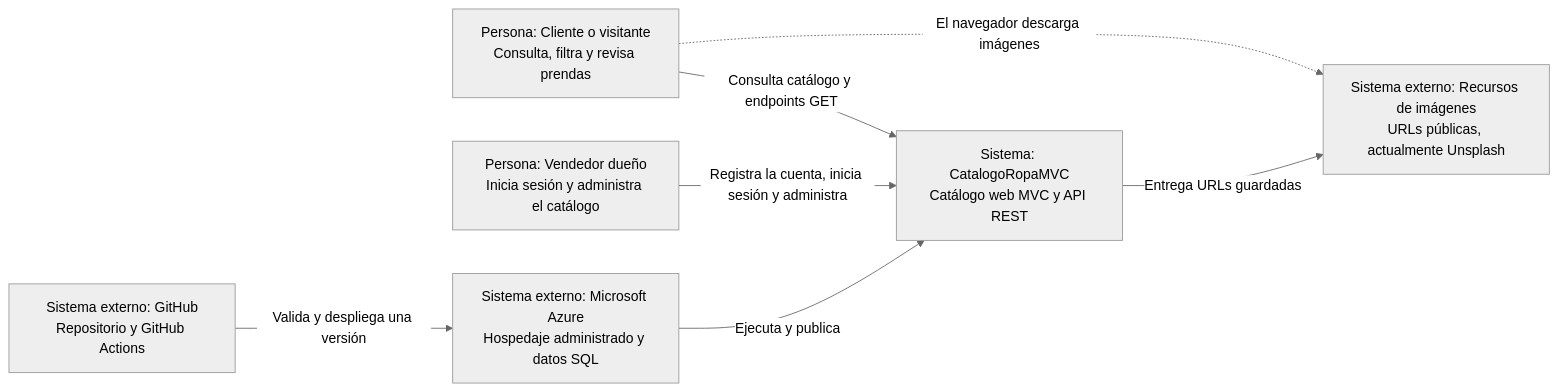
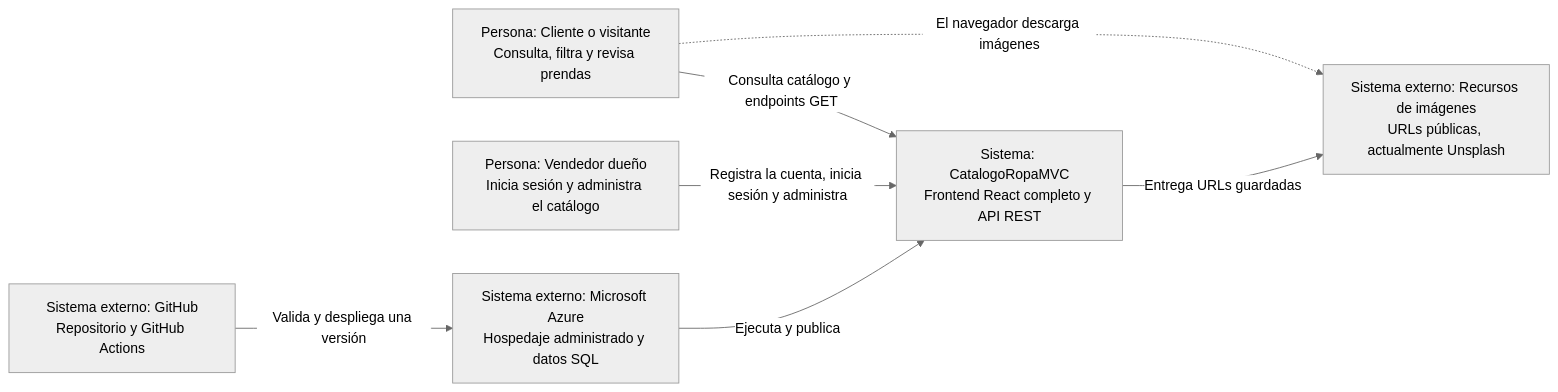
The first of 3 diagrams in docs/C4.md (Marcelo-30/CatalogoApp-Marcelo), drawn with Mermaid (neutral theme) before and after one commit. The commit also changed other lines of this file and 7 other files, not shown here.

Commit message:
docs: document unified React architecture

````diff
--- a/docs/C4.md
+++ b/docs/C4.md
@@ -11,16 +11,16 @@
 ```mermaid
 flowchart LR
     visitante["Persona: Cliente o visitante<br/>Consulta, filtra y revisa prendas"]
     vendedor["Persona: Vendedor dueño<br/>Inicia sesión y administra el catálogo"]
-    sistema["Sistema: CatalogoRopaMVC<br/>Catálogo web MVC y API REST"]
+    sistema["Sistema: CatalogoRopaMVC<br/>Frontend React completo y API REST"]
     imagenes["Sistema externo: Recursos de imágenes<br/>URLs públicas, actualmente Unsplash"]
     github["Sistema externo: GitHub<br/>Repositorio y GitHub Actions"]
     azure["Sistema externo: Microsoft Azure<br/>Hospedaje administrado y datos SQL"]
 
     visitante -->|"Consulta catálogo y endpoints GET"| sistema
     vendedor -->|"Registra la cuenta, inicia sesión y administra"| sistema
     sistema -->|"Entrega URLs guardadas"| imagenes
     visitante -.->|"El navegador descarga imágenes"| imagenes
     github -->|"Valida y despliega una versión"| azure
     azure -->|"Ejecuta y publica"| sistema
 ```
````
